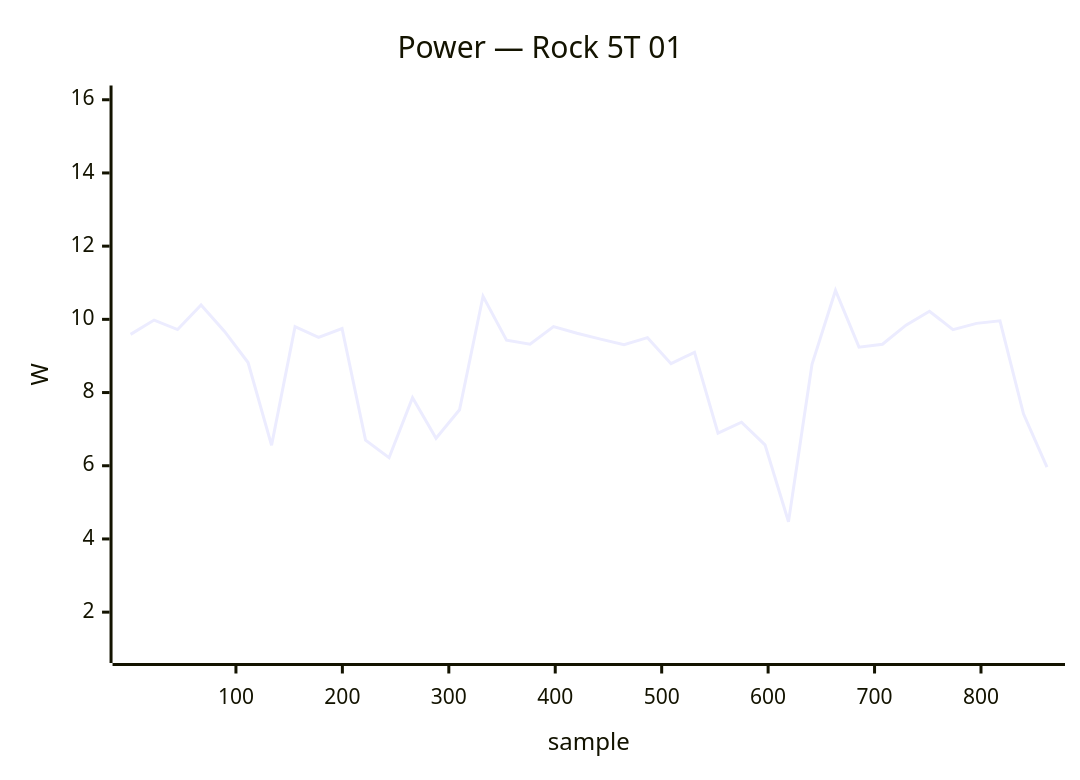
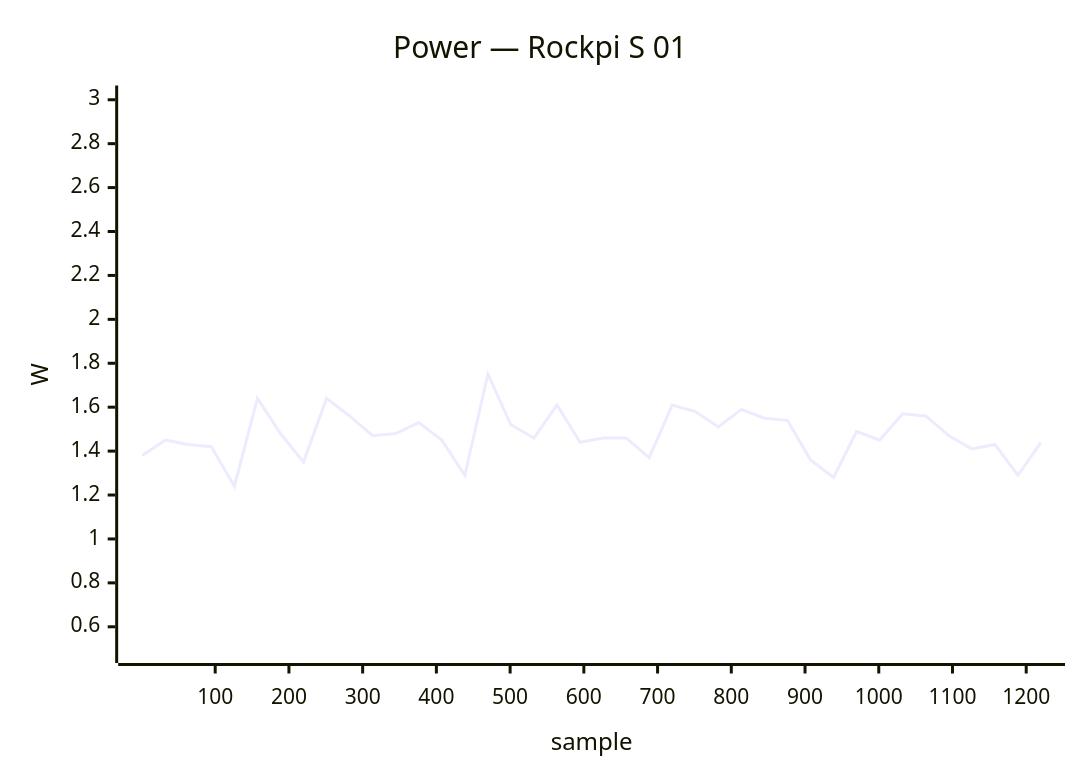
Diagram 27 of 32 in docs/status/board-tests.md (armbian/documentation), drawn with Mermaid before and after one commit. The commit also changed other lines of this file, not shown here.

````diff
--- a/docs/status/board-tests.md
+++ b/docs/status/board-tests.md
@@ -1388,7 +1537,7 @@
 ```mermaid
 xychart-beta
-    title "Power — Rock 5T 01"
-    x-axis "sample" 1 --> 862
-    y-axis "W" 1.0 --> 16.0
-    line [9.59, 9.98, 9.72, 10.39, 9.67, 8.82, 6.56, 9.80, 9.51, 9.75, 6.70, 6.22, 7.86, 6.75, 7.53, 10.63, 9.43, 9.32, 9.80, 9.62, 9.46, 9.31, 9.50, 8.79, 9.10, 6.89, 7.19, 6.57, 4.47, 8.77, 10.79, 9.24, 9.32, 9.84, 10.22, 9.72, 9.89, 9.96, 7.42, 5.96]
+    title "Power — Rockpi S 01"
+    x-axis "sample" 1 --> 1220
+    y-axis "W" 0.5 --> 3.0
+    line [1.38, 1.45, 1.43, 1.42, 1.24, 1.64, 1.48, 1.35, 1.64, 1.56, 1.47, 1.48, 1.53, 1.45, 1.29, 1.75, 1.52, 1.46, 1.61, 1.44, 1.46, 1.46, 1.37, 1.61, 1.58, 1.51, 1.59, 1.55, 1.54, 1.36, 1.28, 1.49, 1.45, 1.57, 1.56, 1.47, 1.41, 1.43, 1.29, 1.44]
 ```
````
